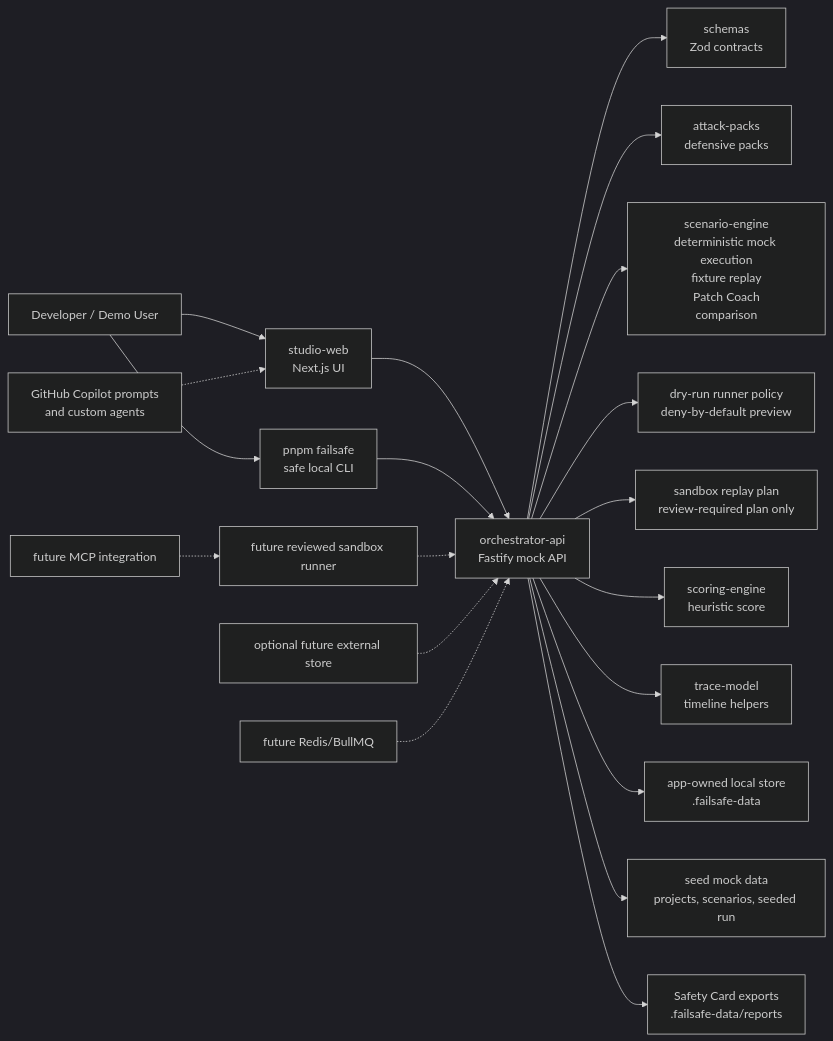
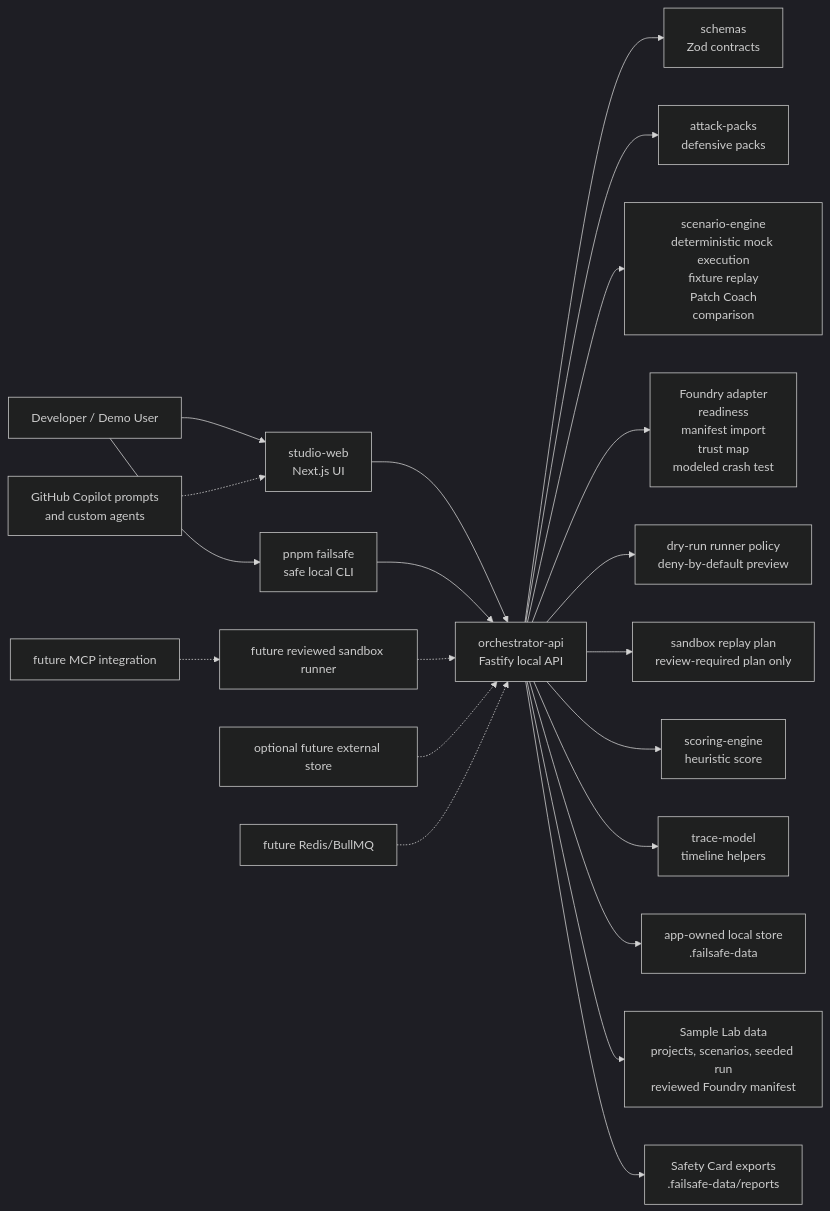
The diagram in docs/architecture.md (RandomEdge999/FailSafe), drawn with Mermaid (dark theme) before and after one commit. The commit also changed other lines of this file and 44 other files, not shown here.

Commit message:
feat: add Microsoft-ready Foundry crash lab

````diff
--- a/docs/architecture.md
+++ b/docs/architecture.md
@@ -7,22 +7,23 @@
 ```mermaid
 flowchart LR
   User["Developer / Demo User"] --> Studio["studio-web<br/>Next.js UI"]
   User --> CLI["pnpm failsafe<br/>safe local CLI"]
-  Studio --> API["orchestrator-api<br/>Fastify mock API"]
+  Studio --> API["orchestrator-api<br/>Fastify local API"]
   CLI --> API
   API --> Schemas["schemas<br/>Zod contracts"]
   API --> Packs["attack-packs<br/>defensive packs"]
   API --> ScenarioEngine["scenario-engine<br/>deterministic mock execution<br/>fixture replay<br/>Patch Coach<br/>comparison"]
+  API --> Foundry["Foundry adapter<br/>readiness<br/>manifest import<br/>trust map<br/>modeled crash test"]
   API --> RunnerPolicy["dry-run runner policy<br/>deny-by-default preview"]
   API --> SandboxPlan["sandbox replay plan<br/>review-required plan only"]
   API --> Scoring["scoring-engine<br/>heuristic score"]
   API --> Trace["trace-model<br/>timeline helpers"]
   API --> Store["app-owned local store<br/>.failsafe-data"]
-  API --> MockData["seed mock data<br/>projects, scenarios, seeded run"]
+  API --> SampleData["Sample Lab data<br/>projects, scenarios, seeded run<br/>reviewed Foundry manifest"]
   API --> Reports["Safety Card exports<br/>.failsafe-data/reports"]
   FutureRunner["future reviewed sandbox runner"] -.-> API
   FutureStore["optional future external store"] -.-> API
   FutureQueue["future Redis/BullMQ"] -.-> API
   FutureMcp["future MCP integration"] -.-> FutureRunner
   Copilot["GitHub Copilot prompts<br/>and custom agents"] -.-> Studio
 ```
````
